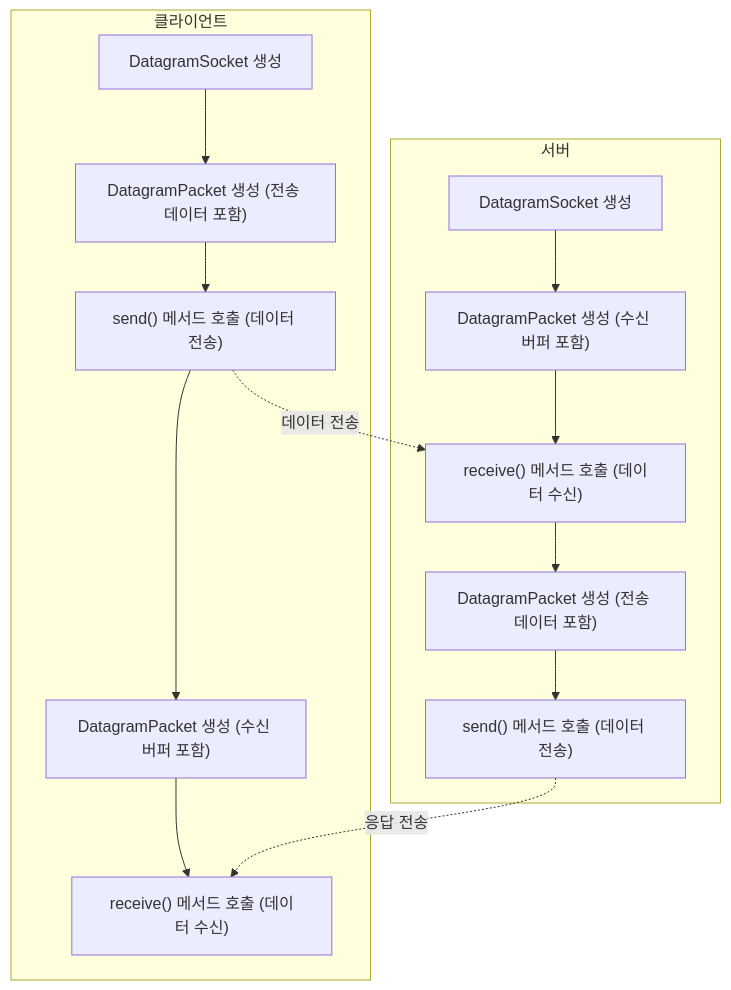
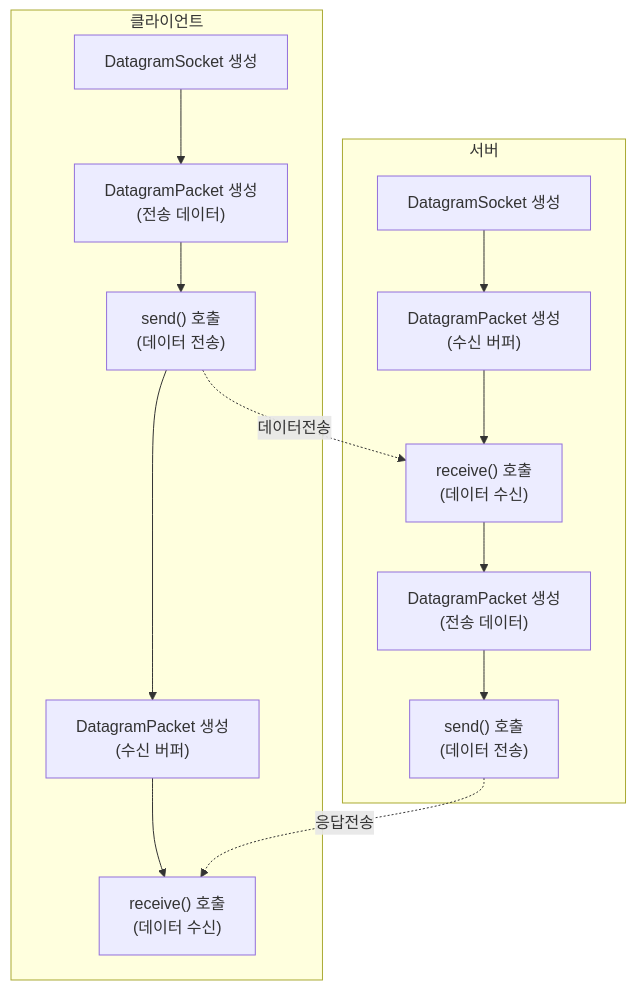
The diagram in src/week_08/_1002/1002내용.md (star1431/backend), drawn with Mermaid before and after one commit. The commit also changed other lines of this file and 11 other files, not shown here.

````diff
--- a/src/week_08/_1002/1002내용.md
+++ b/src/week_08/_1002/1002내용.md
@@ -44,34 +44,26 @@
 ```mermaid
 flowchart TD
     subgraph Client["클라이언트"]
         C1["DatagramSocket 생성"]
-        C2["DatagramPacket 생성 (전송 데이터 포함)"]
-        C3["send() 메서드 호출 (데이터 전송)"]
-        C4["DatagramPacket 생성 (수신 버퍼 포함)"]
-        C5["receive() 메서드 호출 (데이터 수신)"]
+        C2["DatagramPacket 생성<br>(전송 데이터)"]
+        C3["send() 호출<br>(데이터 전송)"]
+        C4["DatagramPacket 생성<br>(수신 버퍼)"]
+        C5["receive() 호출<br>(데이터 수신)"]
+        
+        C1 --> C2 --> C3 --> C4 --> C5
     end
-    
+
     subgraph Server["서버"]
         S1["DatagramSocket 생성"]
-        S2["DatagramPacket 생성 (수신 버퍼 포함)"]
-        S3["receive() 메서드 호출 (데이터 수신)"]
-        S4["DatagramPacket 생성 (전송 데이터 포함)"]
-        S5["send() 메서드 호출 (데이터 전송)"]
+        S2["DatagramPacket 생성<br>(수신 버퍼)"]
+        S3["receive() 호출<br>(데이터 수신)"]
+        S4["DatagramPacket 생성<br>(전송 데이터)"]
+        S5["send() 호출<br>(데이터 전송)"]
+        
+        S1 --> S2 --> S3 --> S4 --> S5
     end
 
-    %% 클라이언트 흐름
-    C1 --> C2
-    C2 --> C3
-    C3 --> C4
-    C4 --> C5
-
-    %% 서버 흐름
-    S1 --> S2
-    S2 --> S3
-    S3 --> S4
-    S4 --> S5
-
     %% 클라이언트-서버 간 통신
-    C3 -.->|데이터 전송| S3
-    S5 -.->|응답 전송| C5
+    C3 -.->|데이터전송| S3
+    S5 -.->|응답전송| C5
 ```
````
